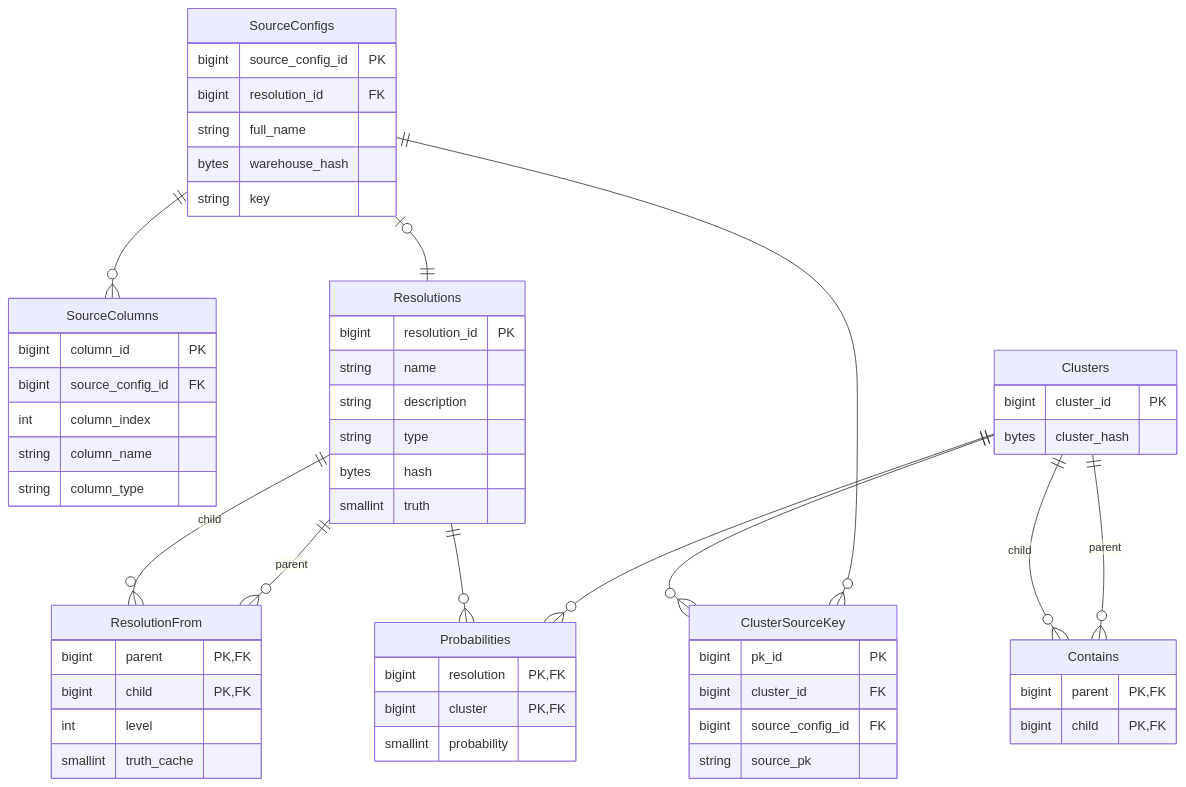
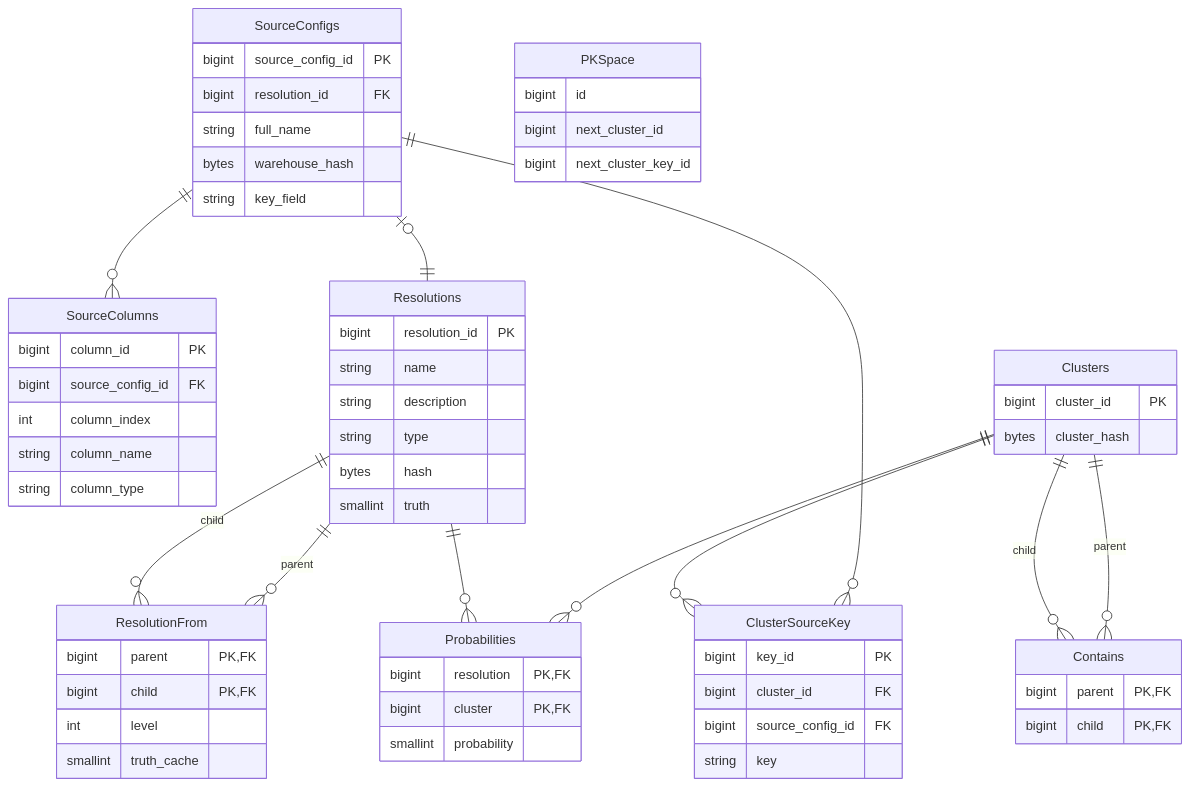
One commit to will-langdale/matchbox changed the diagram in docs/api/server/backends/postgresql.md. Above: the diagram before and after it, drawn with Mermaid. The commit also changed 16 other files, not shown here.

Commit message:
Renamed key in SourceConfig to key_field.

````diff
--- a/docs/api/server/backends/postgresql.md
+++ b/docs/api/server/backends/postgresql.md
@@ -10,61 +10,66 @@
 ```mermaid
 erDiagram
     SourceConfigs {
         bigint source_config_id PK
         bigint resolution_id FK
         string full_name
         bytes warehouse_hash
-        string key
+        string key_field
     }
     SourceColumns {
         bigint column_id PK
         bigint source_config_id FK
         int column_index
         string column_name
         string column_type
     }
     Clusters {
         bigint cluster_id PK
         bytes cluster_hash
     }
     ClusterSourceKey {
-        bigint pk_id PK
+        bigint key_id PK
         bigint cluster_id FK
         bigint source_config_id FK
-        string source_pk
+        string key
     }
     Contains {
         bigint parent PK,FK
         bigint child PK,FK
+    }
+    PKSpace {
+        bigint id
+        bigint next_cluster_id
+        bigint next_cluster_key_id
     }
     Probabilities {
         bigint resolution PK,FK
         bigint cluster PK,FK
         smallint probability
     }
     Resolutions {
         bigint resolution_id PK
         string name
         string description
         string type
         bytes hash
         smallint truth
     }
     ResolutionFrom {
         bigint parent PK,FK
         bigint child PK,FK
         int level
         smallint truth_cache
     }
 
     SourceConfigs |o--|| Resolutions : ""
     SourceConfigs ||--o{ SourceColumns : ""
     SourceConfigs ||--o{ ClusterSourceKey : ""
     Clusters ||--o{ ClusterSourceKey : ""
     Clusters ||--o{ Probabilities : ""
     Clusters ||--o{ Contains : "parent"
     Contains }o--|| Clusters : "child"
     Resolutions ||--o{ Probabilities : ""
     Resolutions ||--o{ ResolutionFrom : "parent"
     ResolutionFrom }o--|| Resolutions : "child"
 ```
````
